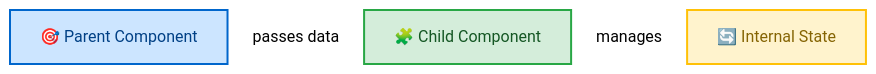
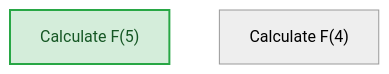
The fourth of 4 diagrams in docs/mermaid.md (syntaxhacker/Precize), drawn with Mermaid before and after one commit. The commit also changed other lines of this file, not shown here.

First line of the commit message:
docs: update mermaid.md with pre-fixer and source saving features

````diff
--- a/docs/mermaid.md
+++ b/docs/mermaid.md
@@ -210,14 +254,9 @@
 ```mermaid
 %%{init: {'theme':'neutral', 'themeVariables': {'lineColor': '#ffffff'}}}%%
 flowchart LR
-    A[🎯 Parent Component] -->|passes data| B[🧩 Child Component]
-    B -->|manages| C[🔄 Internal State]
+    A["Calculate F(5)"] --> B["Calculate F(4)"]
 
-    classDef parent fill:#cce5ff,stroke:#0066cc,stroke-width:2px,color:#004085
-    classDef child fill:#d4edda,stroke:#28a745,stroke-width:2px,color:#155724
-    classDef state fill:#fff3cd,stroke:#ffc107,stroke-width:2px,color:#856404
+    classDef start fill:#d4edda,stroke:#28a745,stroke-width:2px,color:#155724
 
-    class A parent
-    class B child
-    class C state
+    class A start
 ```
````
